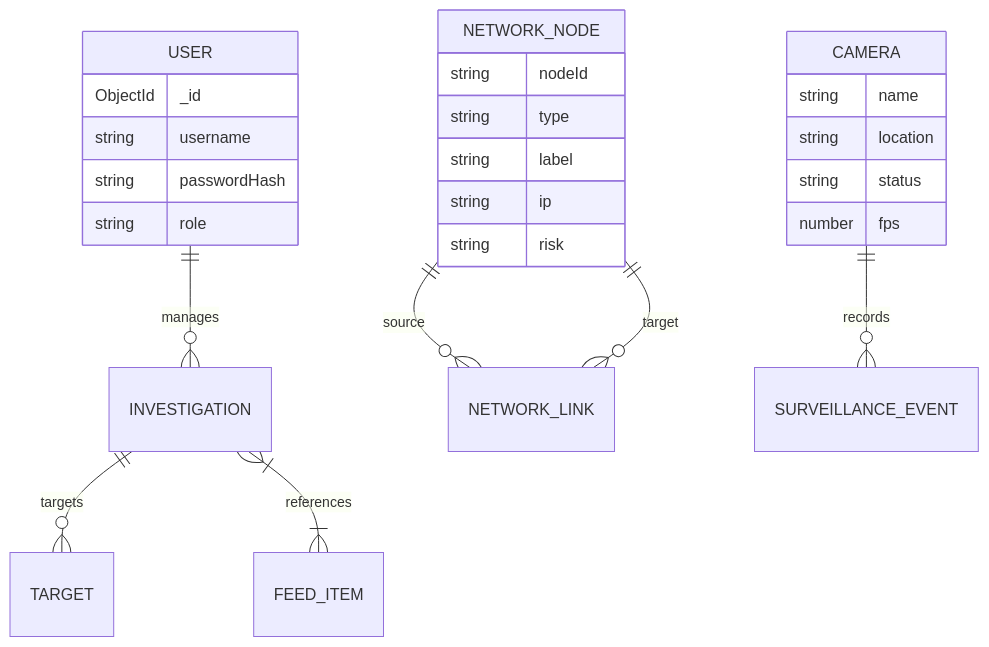
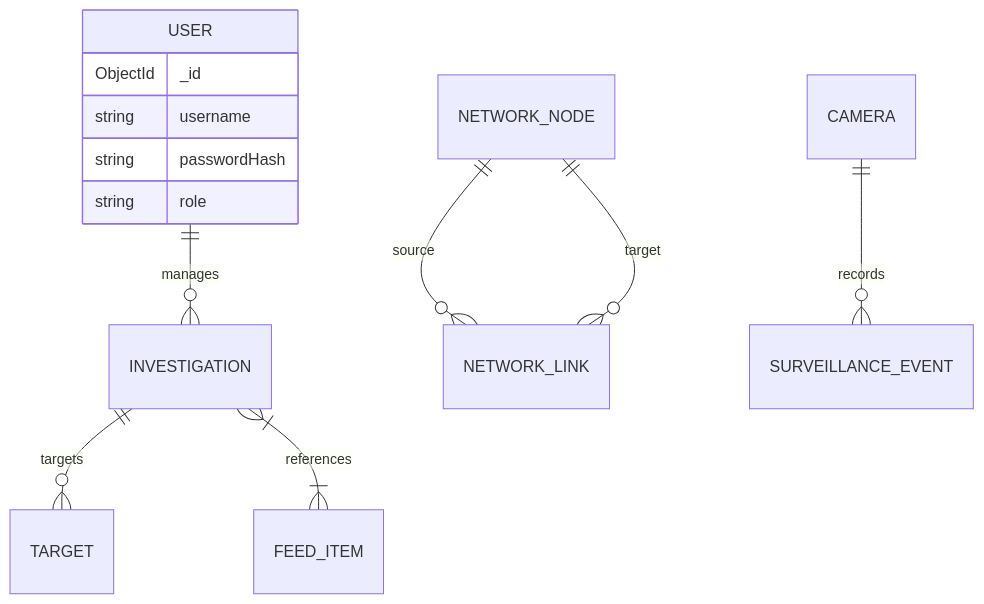
One commit to gl1tch0x1/kaal-bhairav changed the second of 2 diagrams in README.md. Above: the diagram before and after it, drawn with Mermaid. The commit also changed other lines of this file and 25 other files, not shown here.

````diff
--- a/README.md
+++ b/README.md
@@ -81,33 +80,18 @@
 ```mermaid
 erDiagram
     USER ||--o{ INVESTIGATION : manages
     INVESTIGATION ||--o{ TARGET : targets
     INVESTIGATION }|--|{ FEED_ITEM : references
     
     NETWORK_NODE ||--o{ NETWORK_LINK : source
     NETWORK_NODE ||--o{ NETWORK_LINK : target
     
     CAMERA ||--o{ SURVEILLANCE_EVENT : records
     
     USER {
         ObjectId _id
         string username
         string passwordHash
         string role
     }
-    
-    NETWORK_NODE {
-        string nodeId
-        string type
-        string label
-        string ip
-        string risk
-    }
-    
-    CAMERA {
-        string name
-        string location
-        string status
-        number fps
-    }
 ```
````
